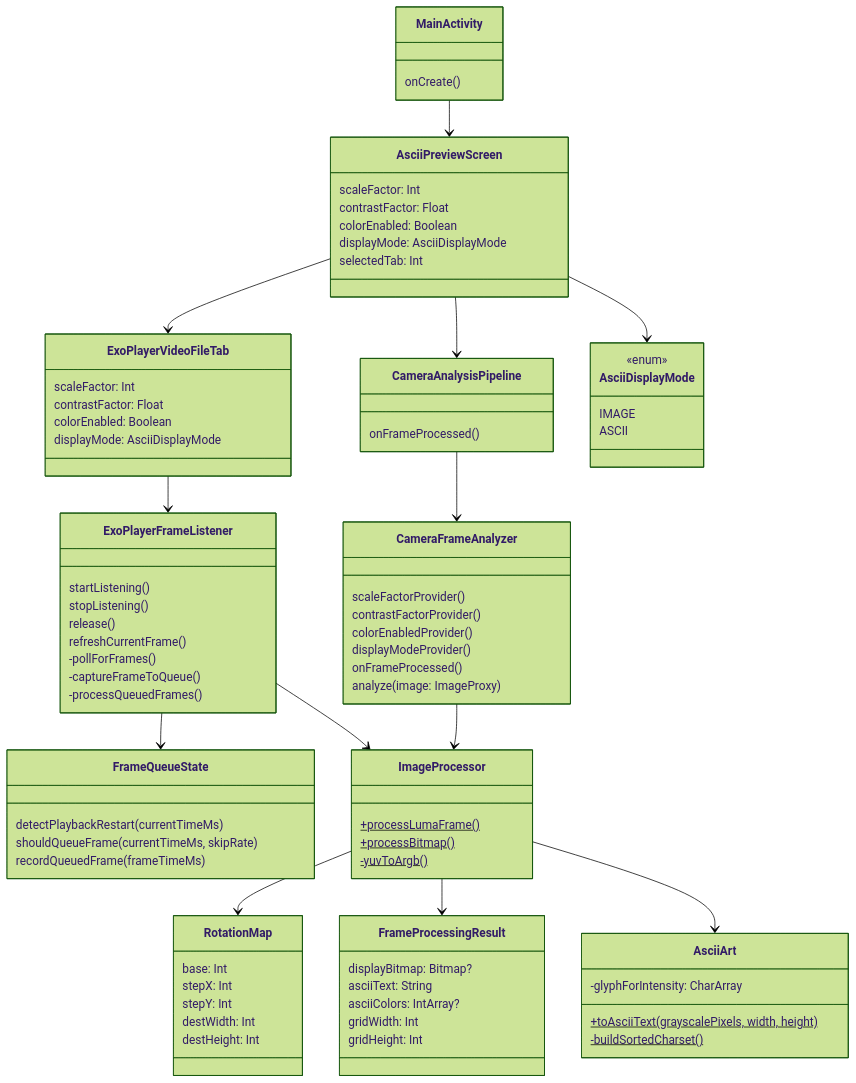
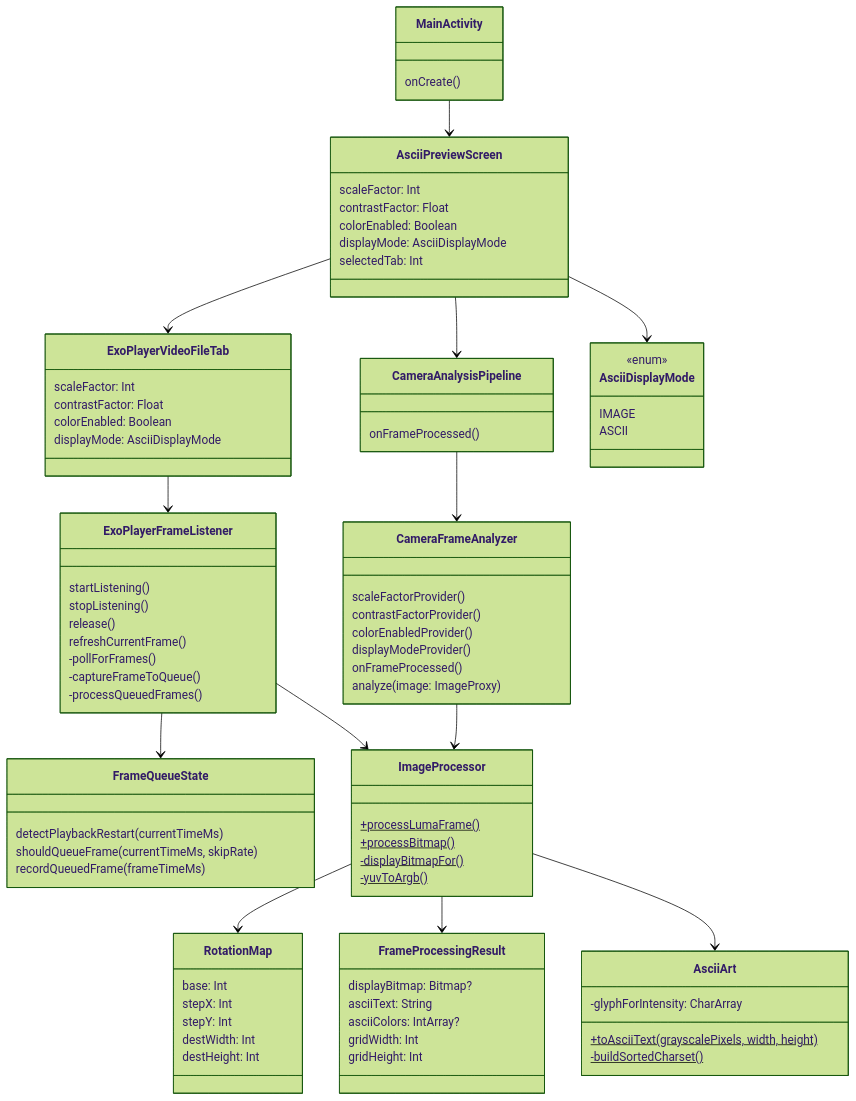
The diagram in docs/class-diagram.mmd (replicant1/AsciiArt), drawn with Mermaid (forest theme) before and after one commit. The commit also changed 6 other files, not shown here.

First line of the commit message:
Correct three claims the sequence diagrams got wrong

```diff
--- a/docs/class-diagram.mmd
+++ b/docs/class-diagram.mmd
@@ -1,95 +1,96 @@
 classDiagram
     class MainActivity {
         onCreate()
     }
 
     class AsciiPreviewScreen {
         scaleFactor: Int
         contrastFactor: Float
         colorEnabled: Boolean
         displayMode: AsciiDisplayMode
         selectedTab: Int
     }
 
     class CameraAnalysisPipeline {
         onFrameProcessed()
     }
 
     class CameraFrameAnalyzer {
         scaleFactorProvider()
         contrastFactorProvider()
         colorEnabledProvider()
         displayModeProvider()
         onFrameProcessed()
         analyze(image: ImageProxy)
     }
 
     class ExoPlayerVideoFileTab {
         scaleFactor: Int
         contrastFactor: Float
         colorEnabled: Boolean
         displayMode: AsciiDisplayMode
     }
 
     class ExoPlayerFrameListener {
         startListening()
         stopListening()
         release()
         refreshCurrentFrame()
         -pollForFrames()
         -captureFrameToQueue()
         -processQueuedFrames()
     }
 
     class FrameQueueState {
         detectPlaybackRestart(currentTimeMs)
         shouldQueueFrame(currentTimeMs, skipRate)
         recordQueuedFrame(frameTimeMs)
     }
 
     class ImageProcessor {
         +processLumaFrame()$
         +processBitmap()$
+        -displayBitmapFor()$
         -yuvToArgb()$
     }
 
     class RotationMap {
         base: Int
         stepX: Int
         stepY: Int
         destWidth: Int
         destHeight: Int
     }
 
     class FrameProcessingResult {
         displayBitmap: Bitmap?
         asciiText: String
         asciiColors: IntArray?
         gridWidth: Int
         gridHeight: Int
     }
 
     class AsciiArt {
         +toAsciiText(grayscalePixels, width, height)$
         -glyphForIntensity: CharArray
         -buildSortedCharset()$
     }
 
     class AsciiDisplayMode {
         <<enum>>
         IMAGE
         ASCII
     }
 
     MainActivity --> AsciiPreviewScreen
     AsciiPreviewScreen --> CameraAnalysisPipeline
     AsciiPreviewScreen --> ExoPlayerVideoFileTab
     AsciiPreviewScreen --> AsciiDisplayMode
     CameraAnalysisPipeline --> CameraFrameAnalyzer
     CameraFrameAnalyzer --> ImageProcessor
     ExoPlayerVideoFileTab --> ExoPlayerFrameListener
     ExoPlayerFrameListener --> FrameQueueState
     ExoPlayerFrameListener --> ImageProcessor
     ImageProcessor --> RotationMap
     ImageProcessor --> FrameProcessingResult
     ImageProcessor --> AsciiArt
```
